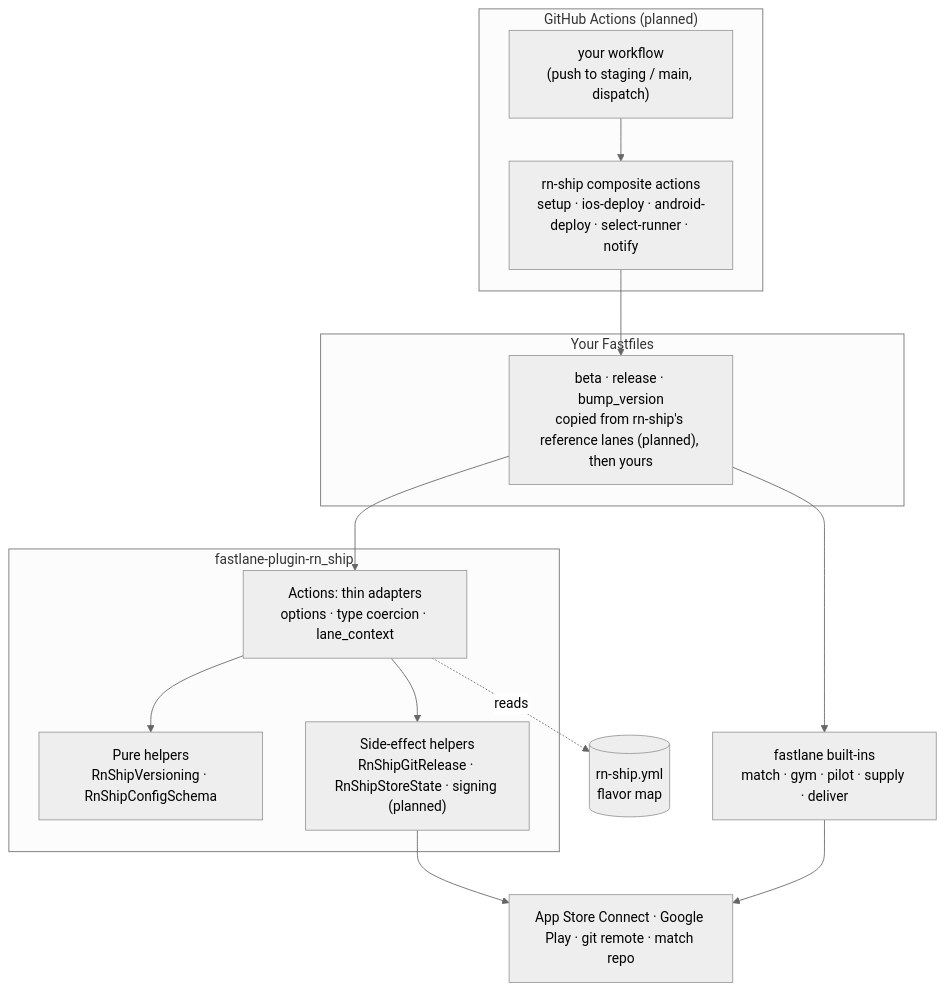
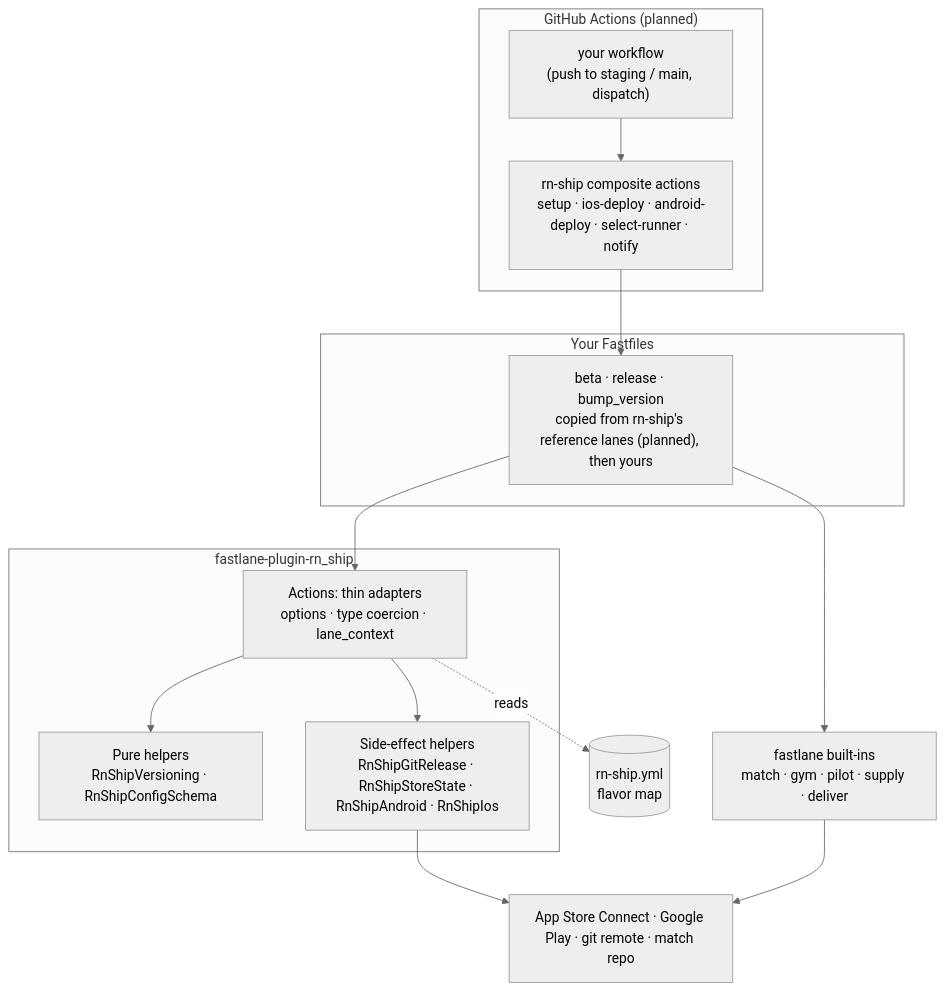
One commit to 27AppStudio/rn-ship changed the first of 5 diagrams in README.md. Above: the diagram before and after it, drawn with Mermaid (neutral theme). The commit also changed other lines of this file and 6 other files, not shown here.

````diff
--- a/README.md
+++ b/README.md
@@ -46,30 +48,30 @@
 ```mermaid
 flowchart TB
   subgraph CI["GitHub Actions (planned)"]
     WF["your workflow<br/>(push to staging / main, dispatch)"]
     CA["rn-ship composite actions<br/>setup · ios-deploy · android-deploy · select-runner · notify"]
   end
 
   subgraph Lanes["Your Fastfiles"]
     L["beta · release · bump_version<br/>copied from rn-ship's reference lanes (planned), then yours"]
   end
 
   subgraph Plugin["fastlane-plugin-rn_ship"]
     A["Actions: thin adapters<br/>options · type coercion · lane_context"]
     HP["Pure helpers<br/>RnShipVersioning · RnShipConfigSchema"]
-    HS["Side-effect helpers<br/>RnShipGitRelease · RnShipStoreState · signing (planned)"]
+    HS["Side-effect helpers<br/>RnShipGitRelease · RnShipStoreState · RnShipAndroid · RnShipIos"]
   end
 
   CFG[("rn-ship.yml<br/>flavor map")]
   FL["fastlane built-ins<br/>match · gym · pilot · supply · deliver"]
   EXT["App Store Connect · Google Play · git remote · match repo"]
 
   WF --> CA --> L
   L --> A
   L --> FL
   A --> HP
   A --> HS
   A -. reads .-> CFG
   HS --> EXT
   FL --> EXT
 ```
````
